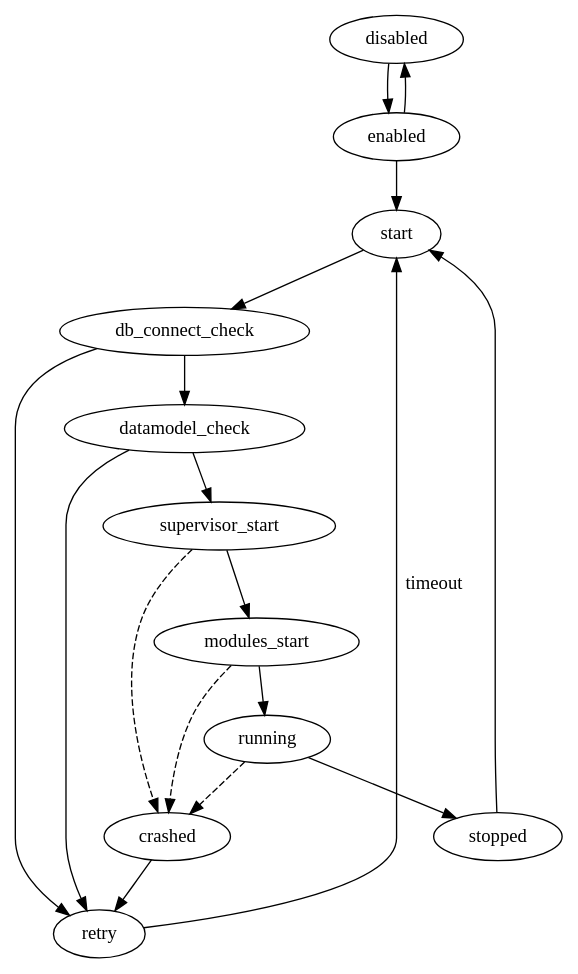
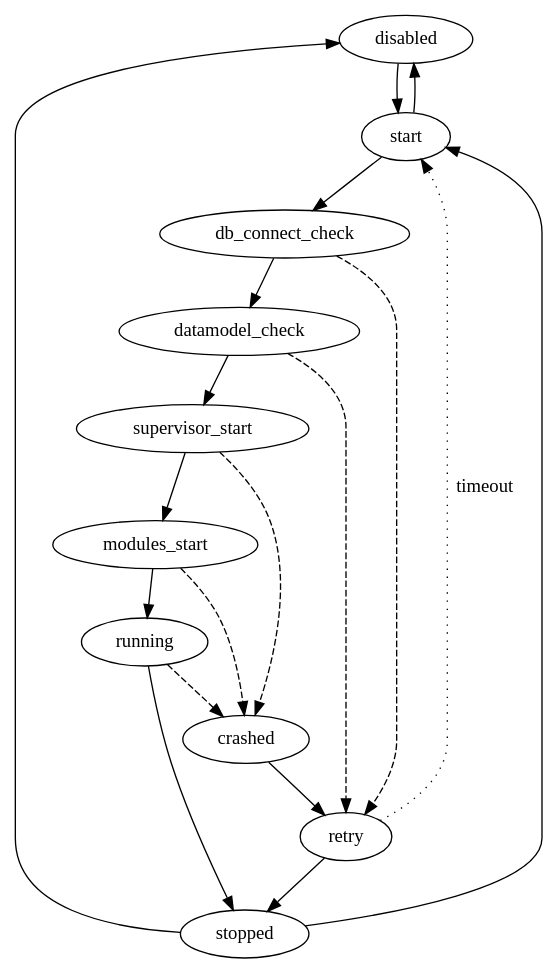
One commit to zotonic/zotonic changed the diagram in doc/technotes/site-fsm.dot. Above: the diagram before and after it, drawn with Graphviz. The commit also changed 28 other files, not shown here.

```diff
--- a/doc/technotes/site-fsm.dot
+++ b/doc/technotes/site-fsm.dot
@@ -1,27 +1,28 @@
 digraph site_fsm {
 
-	disabled -> enabled;
-	enabled -> start;
-	enabled -> disabled;
+	disabled -> start;
+	start -> disabled;
+	stopped -> disabled;
 
 	start -> db_connect_check;
 	db_connect_check -> datamodel_check;
 	datamodel_check -> supervisor_start;
 
 	supervisor_start -> modules_start;
 	modules_start -> running;
 
 	modules_start -> crashed [style=dashed];
 	supervisor_start -> crashed [style=dashed];
 
 	running -> crashed [style=dashed];
 	running -> stopped;
 
 	stopped -> start;
 
 	crashed -> retry;
-	retry -> start [label="timeout"];
+	retry -> start [label="timeout", style=dotted];
+	retry -> stopped;
 
-	db_connect_check -> retry;
-	datamodel_check -> retry;
+	db_connect_check -> retry [style=dashed];
+	datamodel_check -> retry [style=dashed];
 }
```
